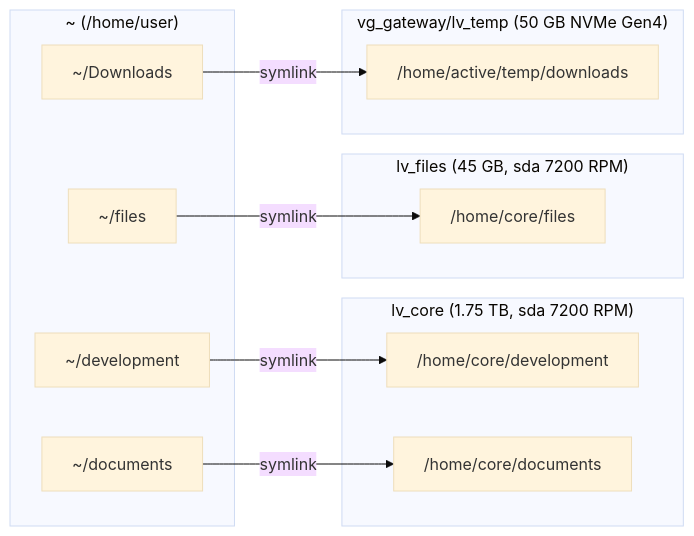
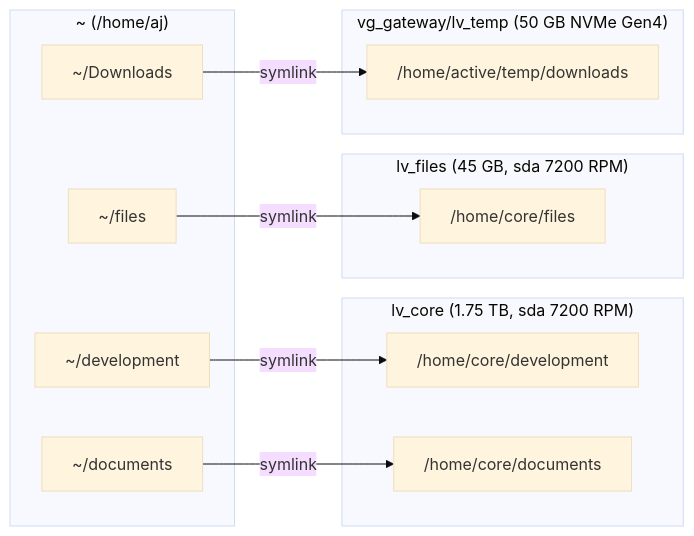
The third of 24 diagrams in docs/architecture.md (AmeerJ97/project-host), drawn with Mermaid (base theme) before and after one commit. The commit also changed other lines of this file and 23 other files, not shown here.

````diff
--- a/docs/architecture.md
+++ b/docs/architecture.md
@@ -391,27 +391,27 @@
 ```mermaid
 graph LR
-    subgraph Home ["~ (/home/user)"]
+    subgraph Home ["~ (/home/aj)"]
         SL1["~/development"]
         SL2["~/documents"]
         SL3["~/files"]
         SL4["~/Downloads"]
     end
 
     subgraph LV_Core ["lv_core (1.75 TB, sda 7200 RPM)"]
         DEV["/home/core/development"]
         DOCS["/home/core/documents"]
     end
 
     subgraph LV_Files ["lv_files (45 GB, sda 7200 RPM)"]
         FILES["/home/core/files"]
     end
 
     subgraph NVMe_Gateway ["vg_gateway/lv_temp (50 GB NVMe Gen4)"]
         DL["/home/active/temp/downloads"]
     end
 
     SL1 -->|symlink| DEV
     SL2 -->|symlink| DOCS
     SL3 -->|symlink| FILES
     SL4 -->|symlink| DL
 ```
````
